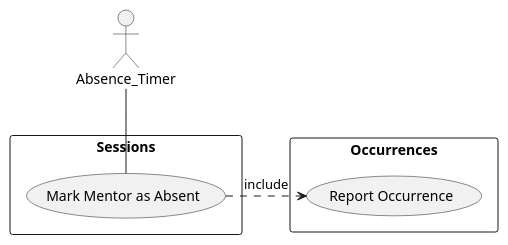
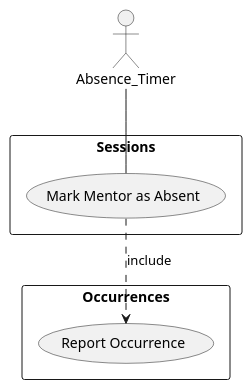
One commit to bmb0136/COMP-3700-Project changed the diagram in Use Cases/MarkMentorAbsent.iuml. Above: the diagram before and after it, drawn with PlantUML. The commit also changed 2 other files, not shown here.

Commit message:
Fixing UML formatting in combined session diagrams

```diff
--- a/Use Cases/MarkMentorAbsent.iuml
+++ b/Use Cases/MarkMentorAbsent.iuml
@@ -1,11 +1,11 @@
 @startuml MarkMentorAbsent
 actor :Absence_Timer:
 rectangle "Sessions" {
   (Mark Mentor as Absent) as MarkAbsent
 }
 rectangle "Occurrences" {
   (Report Occurrence) as Report
 }
 Absence_Timer -- MarkAbsent
-MarkAbsent .> Report : include
+MarkAbsent ..> Report : include
 @enduml
```
